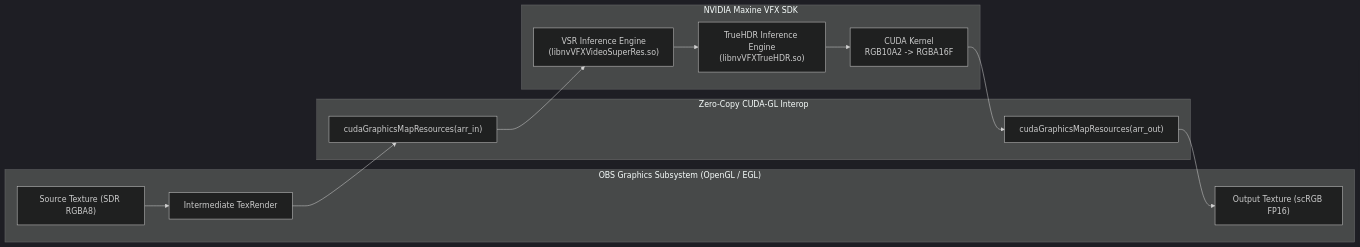
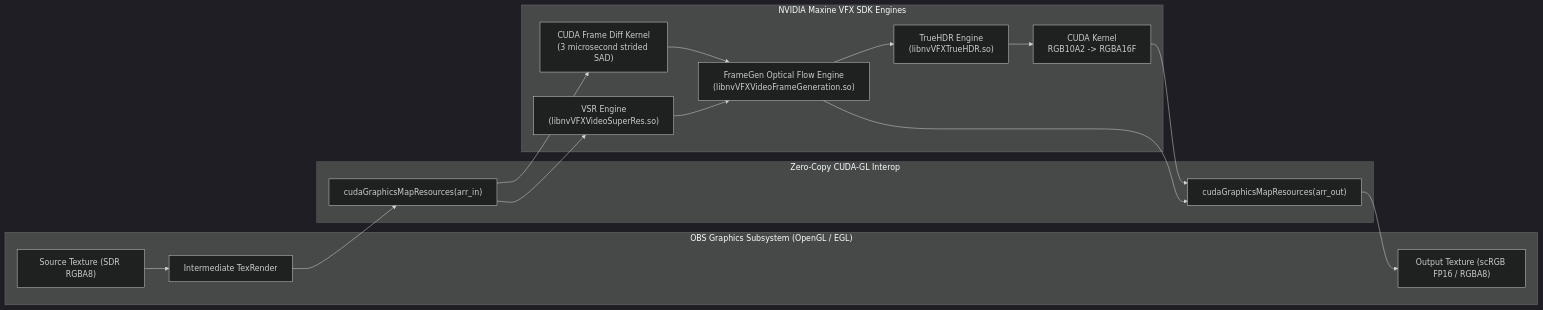
One commit to NoID1290/LinRTX-OBS changed the diagram in README.md. Above: the diagram before and after it, drawn with Mermaid (dark theme). The commit also changed other lines of this file and 12 other files, not shown here.

First line of the commit message:
Add Video Frame Generation filter and related functionality

````diff
--- a/README.md
+++ b/README.md
@@ -163,27 +199,33 @@
 ```mermaid
 flowchart LR
     subgraph OBS_GL["OBS Graphics Subsystem (OpenGL / EGL)"]
         SourceTex["Source Texture (SDR RGBA8)"]
         FBO["Intermediate TexRender"]
-        OutTex["Output Texture (scRGB FP16)"]
+        OutTex["Output Texture (scRGB FP16 / RGBA8)"]
     end
 
     subgraph CUDA_Interop["Zero-Copy CUDA-GL Interop"]
         MapIn["cudaGraphicsMapResources(arr_in)"]
         MapOut["cudaGraphicsMapResources(arr_out)"]
     end
 
-    subgraph Maxine_SDK["NVIDIA Maxine VFX SDK"]
-        VSR["VSR Inference Engine\n(libnvVFXVideoSuperRes.so)"]
-        TrueHDR["TrueHDR Inference Engine\n(libnvVFXTrueHDR.so)"]
+    subgraph Maxine_SDK["NVIDIA Maxine VFX SDK Engines"]
+        VSR["VSR Engine\n(libnvVFXVideoSuperRes.so)"]
+        FrameGen["FrameGen Optical Flow Engine\n(libnvVFXVideoFrameGeneration.so)"]
+        TrueHDR["TrueHDR Engine\n(libnvVFXTrueHDR.so)"]
+        DiffKernel["CUDA Frame Diff Kernel\n(3 microsecond strided SAD)"]
         Unpack["CUDA Kernel\nRGB10A2 -> RGBA16F"]
     end
 
     SourceTex --> FBO
     FBO --> MapIn
+    MapIn --> DiffKernel
+    DiffKernel --> FrameGen
     MapIn --> VSR
-    VSR --> TrueHDR
+    VSR --> FrameGen
+    FrameGen --> TrueHDR
     TrueHDR --> Unpack
     Unpack --> MapOut
+    FrameGen --> MapOut
     MapOut --> OutTex
 ```
````
